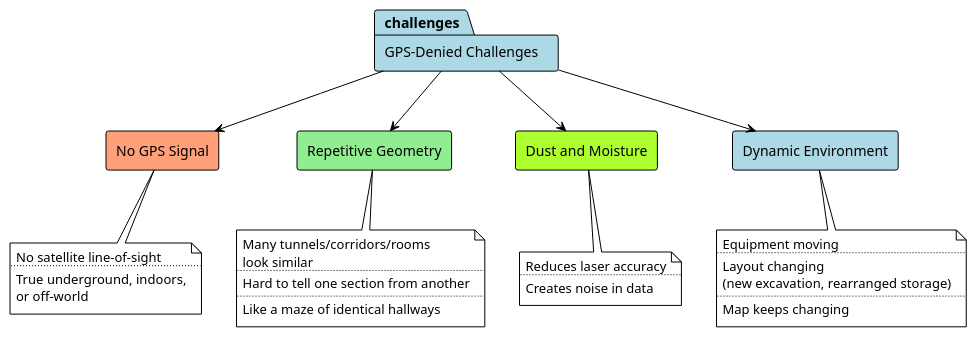
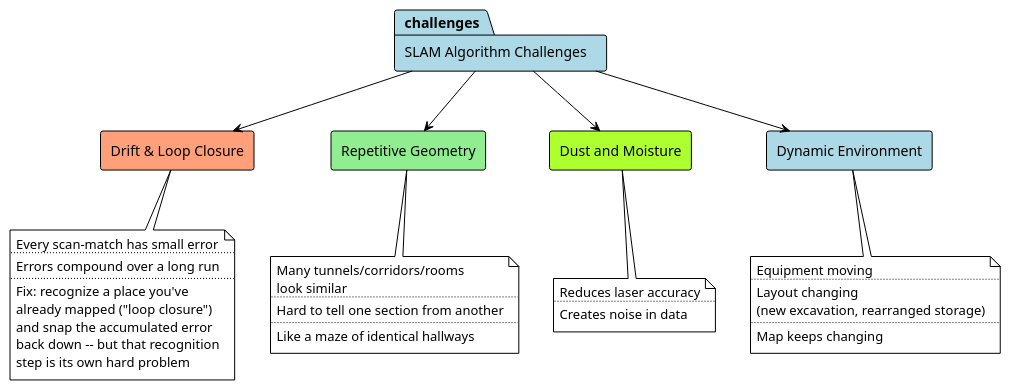
The third of 4 diagrams in docs/source/lidar_slam.rst (karthik-dev-82/system-notes), drawn with PlantUML before and after one commit. The commit also changed other lines of this file, not shown here.

```diff
--- a/docs/source/lidar_slam.rst
+++ b/docs/source/lidar_slam.rst
@@ -132,40 +134,45 @@
 .. uml::
 
    !theme plain
-   package "GPS-Denied Challenges" as challenges #LightBlue {
+   package "SLAM Algorithm Challenges" as challenges #LightBlue {
    }
-   rectangle "No GPS Signal" as gps #LightSalmon
+   rectangle "Drift & Loop Closure" as drift #LightSalmon
    rectangle "Repetitive Geometry" as geo #LightGreen
    rectangle "Dust and Moisture" as dust #GreenYellow
    rectangle "Dynamic Environment" as dynamic #LightBlue
-   challenges --> gps
+   challenges --> drift
    challenges --> geo
    challenges --> dust
    challenges --> dynamic
-   note bottom of gps
-     No satellite line-of-sight
+   note bottom of drift
+     Every scan-match has small error
      ..
-     True underground, indoors,
-     or off-world
+     Errors compound over a long run
+     ..
+     Fix: recognize a place you've
+     already mapped ("loop closure")
+     and snap the accumulated error
+     back down -- but that recognition
+     step is its own hard problem
    end note
    note bottom of geo
      Many tunnels/corridors/rooms
      look similar
      ..
      Hard to tell one section from another
      ..
      Like a maze of identical hallways
    end note
    note bottom of dust
      Reduces laser accuracy
      ..
      Creates noise in data
    end note
    note bottom of dynamic
      Equipment moving
      ..
      Layout changing
      (new excavation, rearranged storage)
      ..
      Map keeps changing
    end note
```
